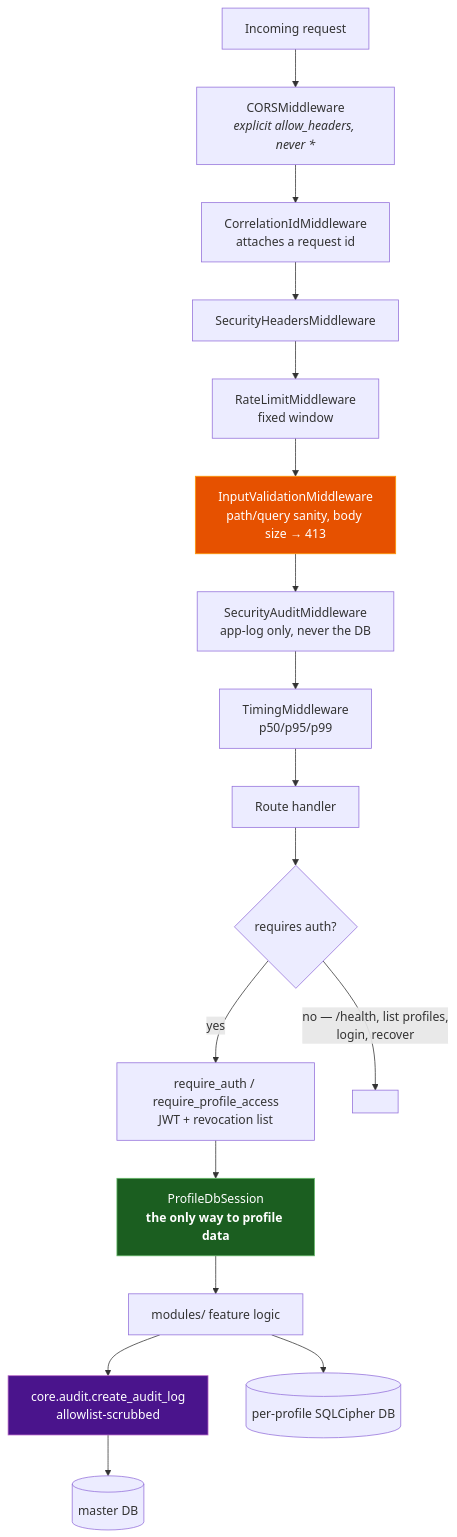
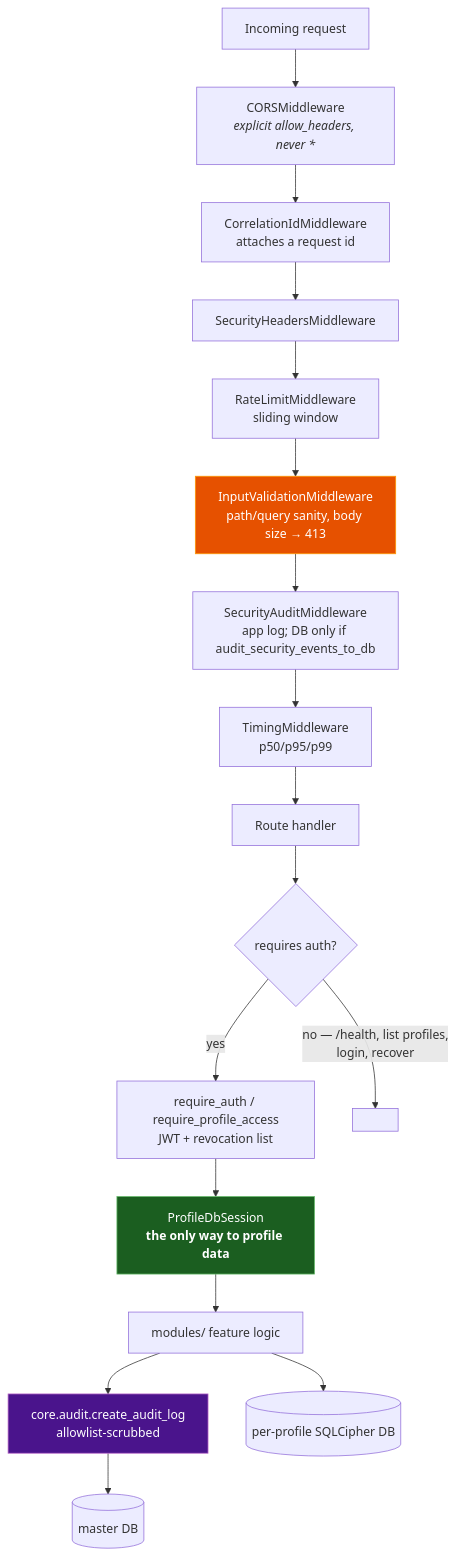
One commit to BrooklynD23/HealthCentral changed the first of 4 diagrams in docs/architecture/backend.md. Above: the diagram before and after it, drawn with Mermaid. The commit also changed other lines of this file and 11 other files, not shown here.

First line of the commit message:
docs: refresh README and architecture docs against the code

````diff
--- a/docs/architecture/backend.md
+++ b/docs/architecture/backend.md
@@ -18,25 +18,25 @@
 ```mermaid
 flowchart TD
     REQ["Incoming request"] --> CORS["CORSMiddleware<br/><i>explicit allow_headers, never *</i>"]
     CORS --> CID["CorrelationIdMiddleware<br/>attaches a request id"]
     CID --> SEC["SecurityHeadersMiddleware"]
-    SEC --> RATE["RateLimitMiddleware<br/>fixed window"]
+    SEC --> RATE["RateLimitMiddleware<br/>sliding window"]
     RATE --> VAL["InputValidationMiddleware<br/>path/query sanity, body size → 413"]
-    VAL --> AUD["SecurityAuditMiddleware<br/>app-log only, never the DB"]
+    VAL --> AUD["SecurityAuditMiddleware<br/>app log; DB only if audit_security_events_to_db"]
     AUD --> TIME["TimingMiddleware<br/>p50/p95/p99"]
     TIME --> ROUTE["Route handler"]
 
     ROUTE --> AUTH{"requires auth?"}
     AUTH -->|yes| JWT["require_auth / require_profile_access<br/>JWT + revocation list"]
     AUTH -->|"no — /health, list profiles,<br/>login, recover"| SKIP[" "]
     JWT --> PDB["ProfileDbSession<br/><b>the only way to profile data</b>"]
 
     PDB --> WORK["modules/ feature logic"]
     WORK --> AUDROW["core.audit.create_audit_log<br/>allowlist-scrubbed"]
     AUDROW --> MASTER[("master DB")]
     WORK --> VAULTDB[("per-profile SQLCipher DB")]
 
     style VAL fill:#e65100,stroke:#ff9800,color:#fff
     style PDB fill:#1b5e20,stroke:#66bb6a,color:#fff
     style AUDROW fill:#4a148c,stroke:#ba68c8,color:#fff
 ```
````
